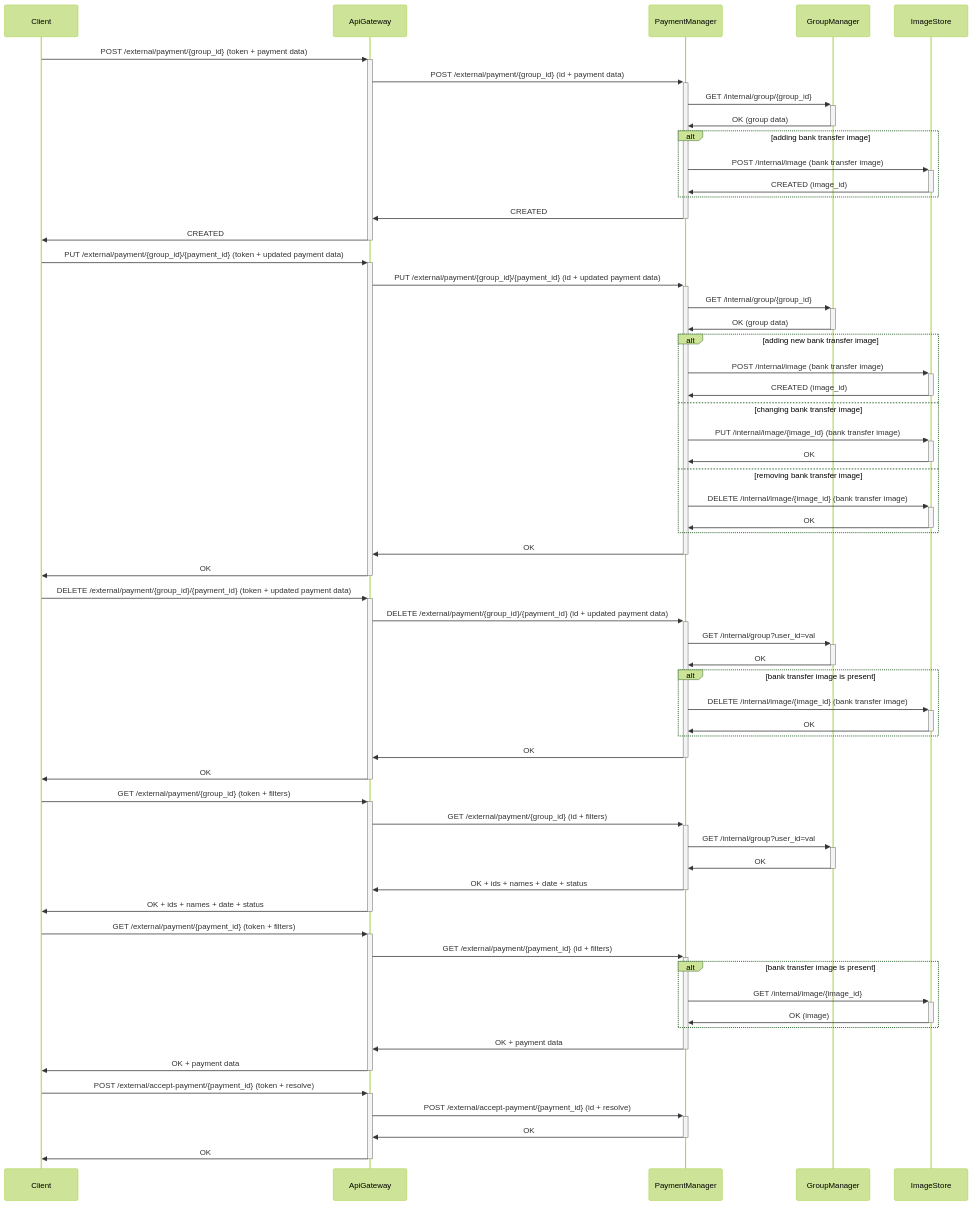
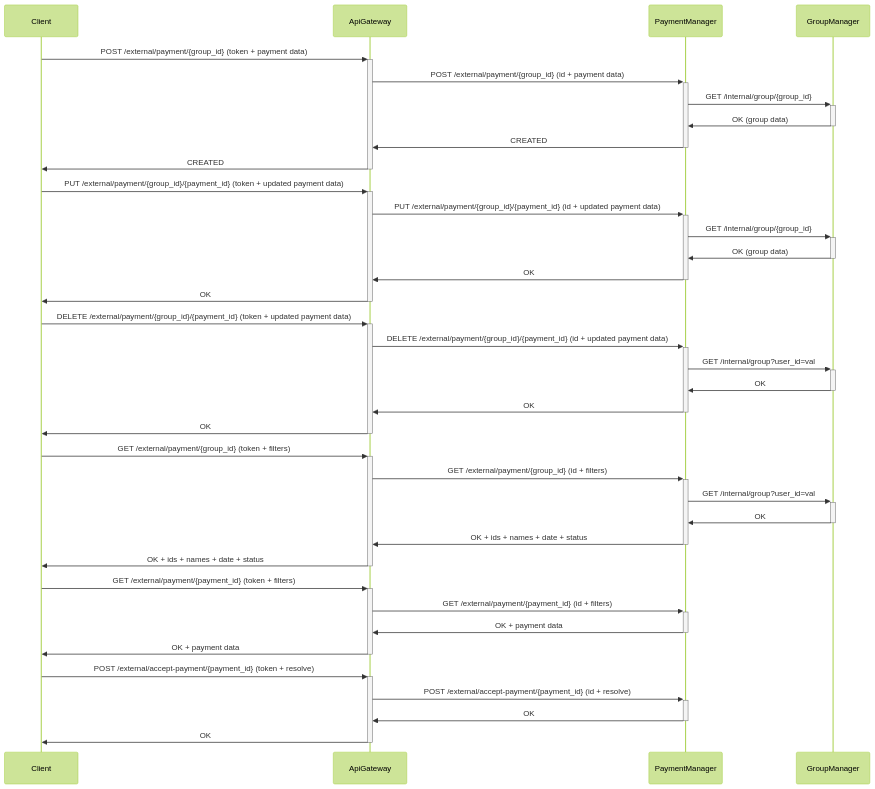
The sixth of 10 diagrams in docs/diagrams.md (Group-Expense-Manager/gem-docs), drawn with Mermaid (forest theme) before and after one commit. The commit also changed other lines of this file, not shown here.

Commit message:
added ImageStore diagram

````diff
--- a/docs/diagrams.md
+++ b/docs/diagrams.md
@@ -250,64 +208,42 @@
 ``` mermaid
 sequenceDiagram
 
 Client->>+ApiGateway: POST /external/payment/{group_id} (token + payment data)
 ApiGateway->>+PaymentManager: POST /external/payment/{group_id} (id + payment data)
 PaymentManager->>+GroupManager: GET /internal/group/{group_id}
 GroupManager->>-PaymentManager: OK (group data)
-alt adding bank transfer image
-    PaymentManager->>+ImageStore: POST /internal/image (bank transfer image)
-    ImageStore->>-PaymentManager: CREATED (image_id)
-end
 PaymentManager->>-ApiGateway: CREATED
 ApiGateway->>-Client: CREATED
 
 Client->>+ApiGateway: PUT /external/payment/{group_id}/{payment_id} (token + updated payment data)
 ApiGateway->>+PaymentManager: PUT /external/payment/{group_id}/{payment_id} (id + updated payment data)
 PaymentManager->>+GroupManager: GET /internal/group/{group_id}
 GroupManager->>-PaymentManager: OK (group data)
-alt adding new bank transfer image
-    PaymentManager->>+ImageStore: POST /internal/image (bank transfer image)
-    ImageStore->>-PaymentManager: CREATED (image_id)
-else changing bank transfer image
-    PaymentManager->>+ImageStore: PUT /internal/image/{image_id} (bank transfer image)
-    ImageStore->>-PaymentManager: OK
-else removing bank transfer image
-    PaymentManager->>+ImageStore: DELETE /internal/image/{image_id}  (bank transfer image)
-    ImageStore->>-PaymentManager: OK
-end
 PaymentManager->>-ApiGateway: OK
 ApiGateway->>-Client: OK
 
 Client->>+ApiGateway: DELETE /external/payment/{group_id}/{payment_id} (token + updated payment data)
 ApiGateway->>+PaymentManager: DELETE /external/payment/{group_id}/{payment_id} (id + updated payment data)
 PaymentManager->>+GroupManager: GET /internal/group?user_id=val
 GroupManager->>-PaymentManager: OK
-alt bank transfer image is present    
-    PaymentManager->>+ImageStore: DELETE /internal/image/{image_id}  (bank transfer image)
-    ImageStore->>-PaymentManager: OK
-end
 PaymentManager->>-ApiGateway: OK
 ApiGateway->>-Client: OK
 
 Client->>+ApiGateway: GET /external/payment/{group_id} (token + filters)
 ApiGateway->>+PaymentManager: GET /external/payment/{group_id} (id + filters)
 PaymentManager->>+GroupManager: GET /internal/group?user_id=val
 GroupManager->>-PaymentManager: OK
 PaymentManager->>-ApiGateway: OK + ids + names + date + status
 ApiGateway->>-Client: OK + ids + names + date + status
 
 
 Client->>+ApiGateway: GET /external/payment/{payment_id} (token + filters)
 ApiGateway->>+PaymentManager: GET /external/payment/{payment_id} (id + filters)
-alt bank transfer image is present 
-PaymentManager->>+ImageStore: GET /internal/image/{image_id} 
-ImageStore->>-PaymentManager: OK (image)
-end
 PaymentManager->>-ApiGateway: OK + payment data
 ApiGateway->>-Client: OK + payment data
 
 Client->>+ApiGateway: POST /external/accept-payment/{payment_id} (token + resolve)
 ApiGateway->>+PaymentManager: POST /external/accept-payment/{payment_id} (id + resolve)
 PaymentManager->>-ApiGateway: OK
 ApiGateway->>-Client: OK
 ```
````
